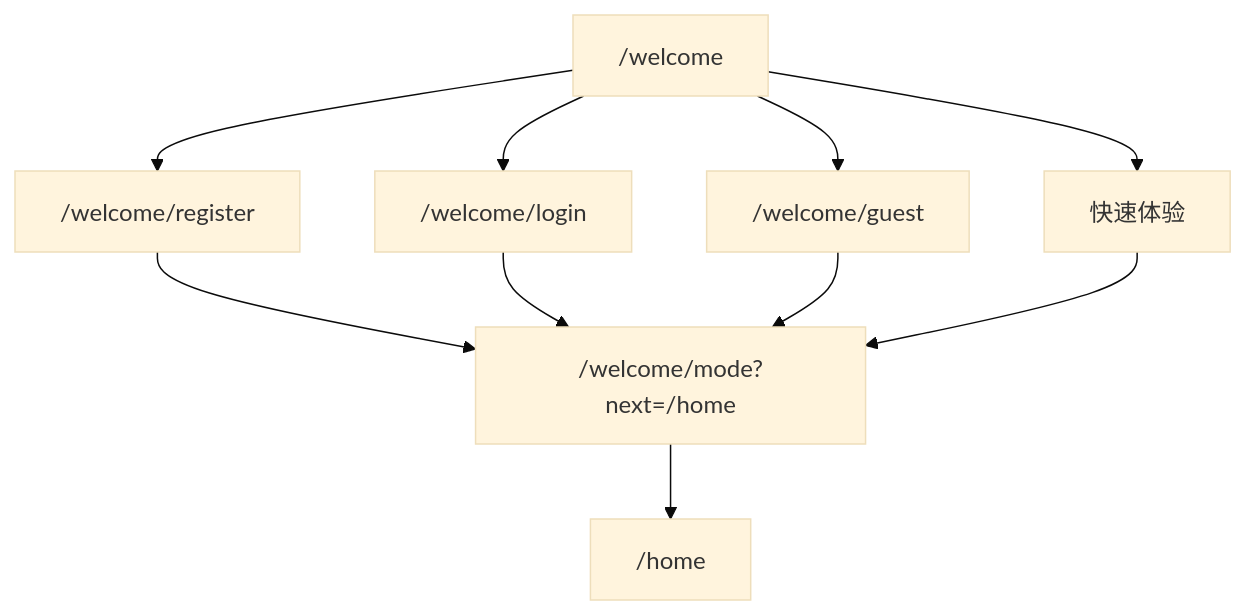
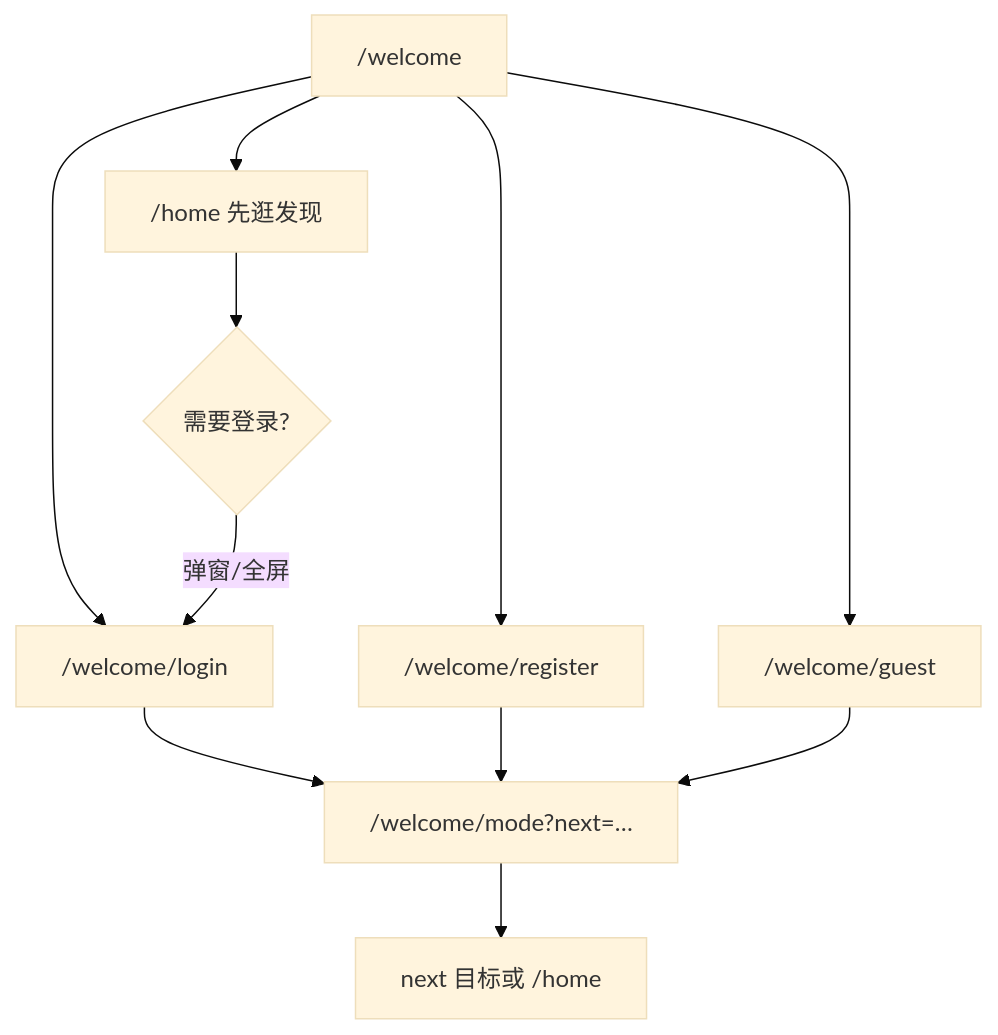
The fourth of 13 diagrams in README.md (FrankDengAI/founder-bridge-AI), drawn with Mermaid (base theme) before and after one commit. The commit also changed other lines of this file and 75 other files, not shown here.

````diff
--- a/README.md
+++ b/README.md
@@ -613,13 +847,14 @@
 ```mermaid
 flowchart TD
-  Start["/welcome"] --> Reg["/welcome/register"]
+  Start["/welcome"] --> Browse["/home 先逛发现"]
+  Start --> Reg["/welcome/register"]
   Start --> Login["/welcome/login"]
   Start --> Guest["/welcome/guest"]
-  Start --> Demo["快速体验"]
 
-  Reg --> Mode["/welcome/mode?next=/home"]
-  Login --> Mode
+  Browse --> Gate{"需要登录?"}
+  Gate -->|弹窗/全屏| Login
+  Login --> Mode["/welcome/mode?next=…"]
+  Reg --> Mode
   Guest --> Mode
-  Demo --> Mode
-  Mode --> App["/home"]
+  Mode --> App["next 目标或 /home"]
 ```
````
